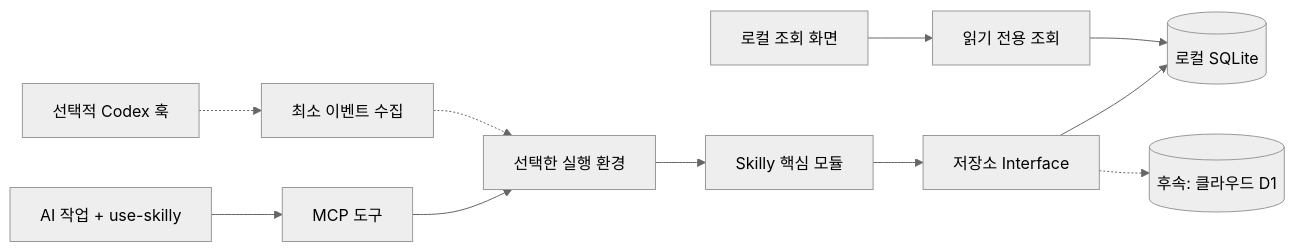
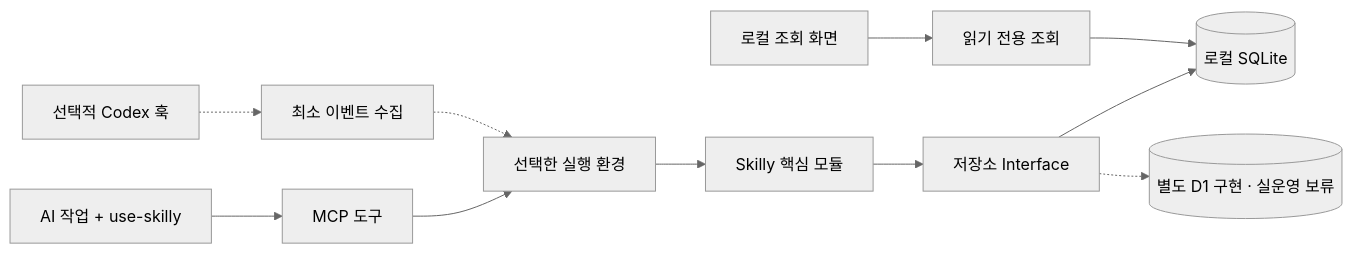
The diagram in README.md (lsy980326/Skilly), drawn with Mermaid (neutral theme) before and after one commit. The commit also changed other lines of this file and 8 other files, not shown here.

````diff
--- a/README.md
+++ b/README.md
@@ -108,13 +114,13 @@
 ```mermaid
 flowchart LR
     AI["AI 작업 + use-skilly"] --> MCP["MCP 도구"]
     Hooks["선택적 Codex 훅"] -.-> Collector["최소 이벤트 수집"]
     MCP --> Runtime["선택한 실행 환경"]
     Collector -.-> Runtime
     Runtime --> Core["Skilly 핵심 모듈"]
     Core --> Storage["저장소 Interface"]
     Storage --> Local[("로컬 SQLite")]
-    Storage -.-> Cloud[("후속: 클라우드 D1")]
+    Storage -.-> Cloud[("별도 D1 구현 · 실운영 보류")]
     UI["로컬 조회 화면"] --> Reader["읽기 전용 조회"]
     Reader --> Local
 ```
````
